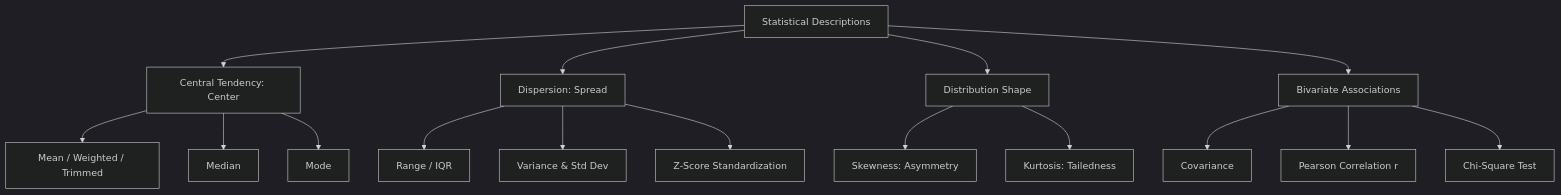
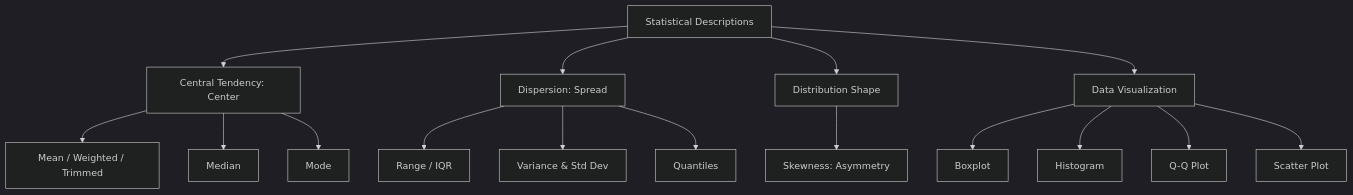
One commit to DeepLumiere/DeepSkills changed the diagram in notes/Chapter4_Statistical_Descriptions.md. Above: the diagram before and after it, drawn with Mermaid (dark theme). The commit also changed other lines of this file and 4 other files, not shown here.

````diff
--- a/notes/Chapter4_Statistical_Descriptions.md
+++ b/notes/Chapter4_Statistical_Descriptions.md
@@ -24,23 +22,23 @@
 ```mermaid
 graph TD
     Stats[Statistical Descriptions]
     Stats --> CT[Central Tendency: Center]
     Stats --> Disp[Dispersion: Spread]
     Stats --> Shape[Distribution Shape]
-    Stats --> Biv[Bivariate Associations]
+    Stats --> Vis[Data Visualization]
 
     CT --> Mean[Mean / Weighted / Trimmed]
     CT --> Med[Median]
     CT --> Mode[Mode]
 
     Disp --> Range[Range / IQR]
     Disp --> Var[Variance & Std Dev]
-    Disp --> Z[Z-Score Standardization]
+    Disp --> Quant[Quantiles]
 
     Shape --> Skew[Skewness: Asymmetry]
-    Shape --> Kurt[Kurtosis: Tailedness]
-
-    Biv --> Cov[Covariance]
-    Biv --> Pearson[Pearson Correlation r]
-    Biv --> Chi[Chi-Square Test]
+    
+    Vis --> Boxplot[Boxplot]
+    Vis --> Histogram[Histogram]
+    Vis --> QQPlot[Q-Q Plot]
+    Vis --> Scatter[Scatter Plot]
 ```
````
